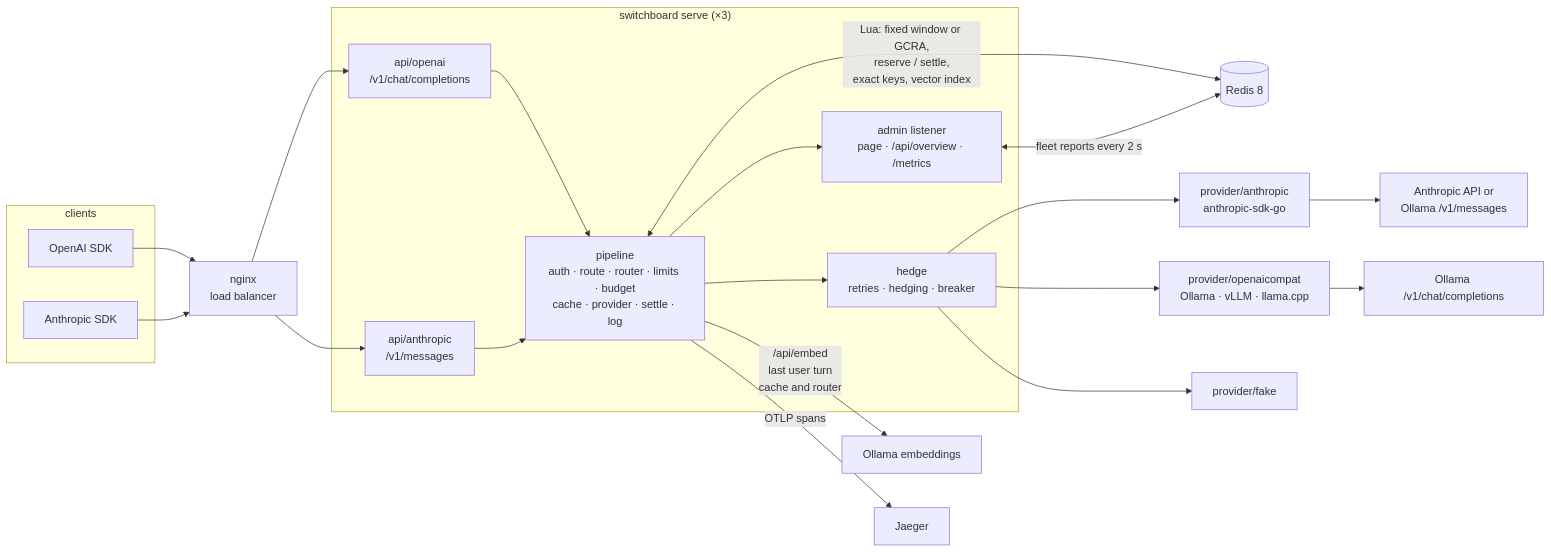
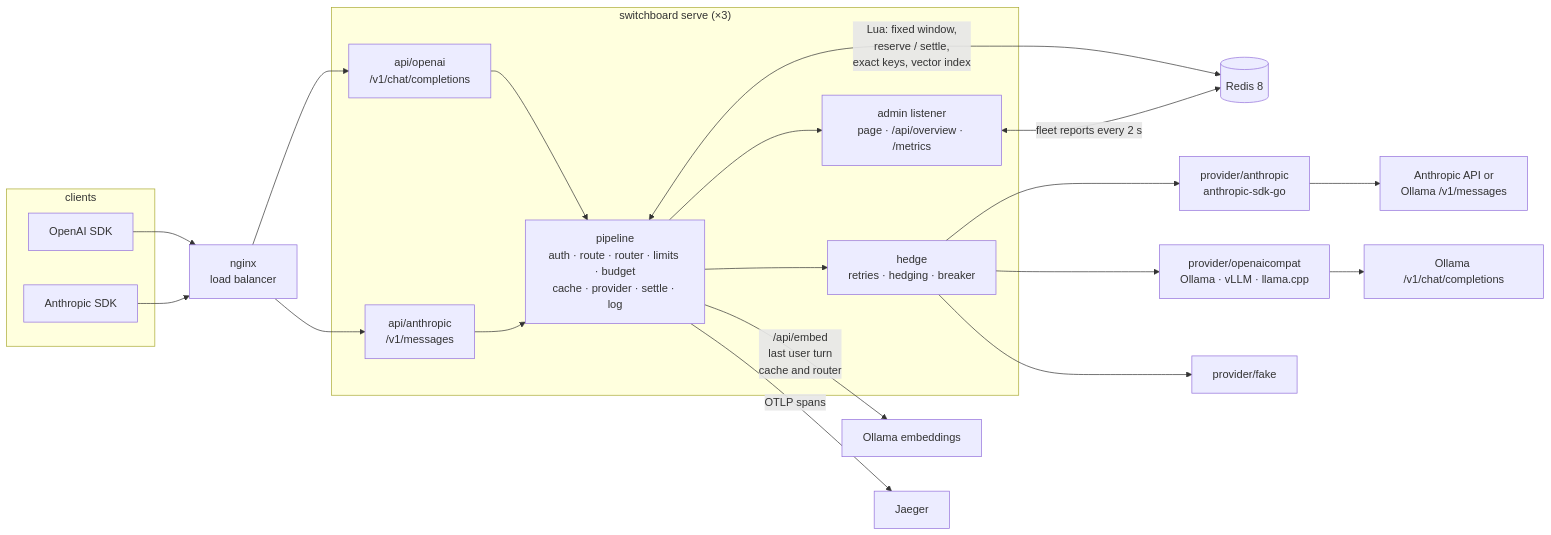
The diagram in README.md (TheAsianFish/switchboard), drawn with Mermaid before and after one commit.

Commit message:
Drop GCRA from the architecture diagram until it exists

````diff
--- a/README.md
+++ b/README.md
@@ -237,32 +237,32 @@
 ```mermaid
 flowchart LR
   subgraph clients
     O[OpenAI SDK]
     A[Anthropic SDK]
   end
   LB[nginx<br/>load balancer]
   subgraph gw["switchboard serve (×3)"]
     FO[api/openai<br/>/v1/chat/completions]
     FA[api/anthropic<br/>/v1/messages]
     P[pipeline<br/>auth · route · router · limits · budget<br/>cache · provider · settle · log]
     H[hedge<br/>retries · hedging · breaker]
     M[admin listener<br/>page · /api/overview · /metrics]
     FO --> P
     FA --> P
     P --> M
   end
   O --> LB
   A --> LB
   LB --> FO
   LB --> FA
-  P <-->|Lua: fixed window or GCRA,<br/>reserve / settle,<br/>exact keys, vector index| R[(Redis 8)]
+  P <-->|Lua: fixed window,<br/>reserve / settle,<br/>exact keys, vector index| R[(Redis 8)]
   M <-->|fleet reports every 2 s| R
   P -->|/api/embed<br/>last user turn<br/>cache and router| E[Ollama embeddings]
   P -->|OTLP spans| J[Jaeger]
   P --> H
   H --> PA[provider/anthropic<br/>anthropic-sdk-go]
   H --> PO[provider/openaicompat<br/>Ollama · vLLM · llama.cpp]
   H --> PF[provider/fake]
   PA --> ANT[Anthropic API or<br/>Ollama /v1/messages]
   PO --> OL[Ollama /v1/chat/completions]
 ```
````
